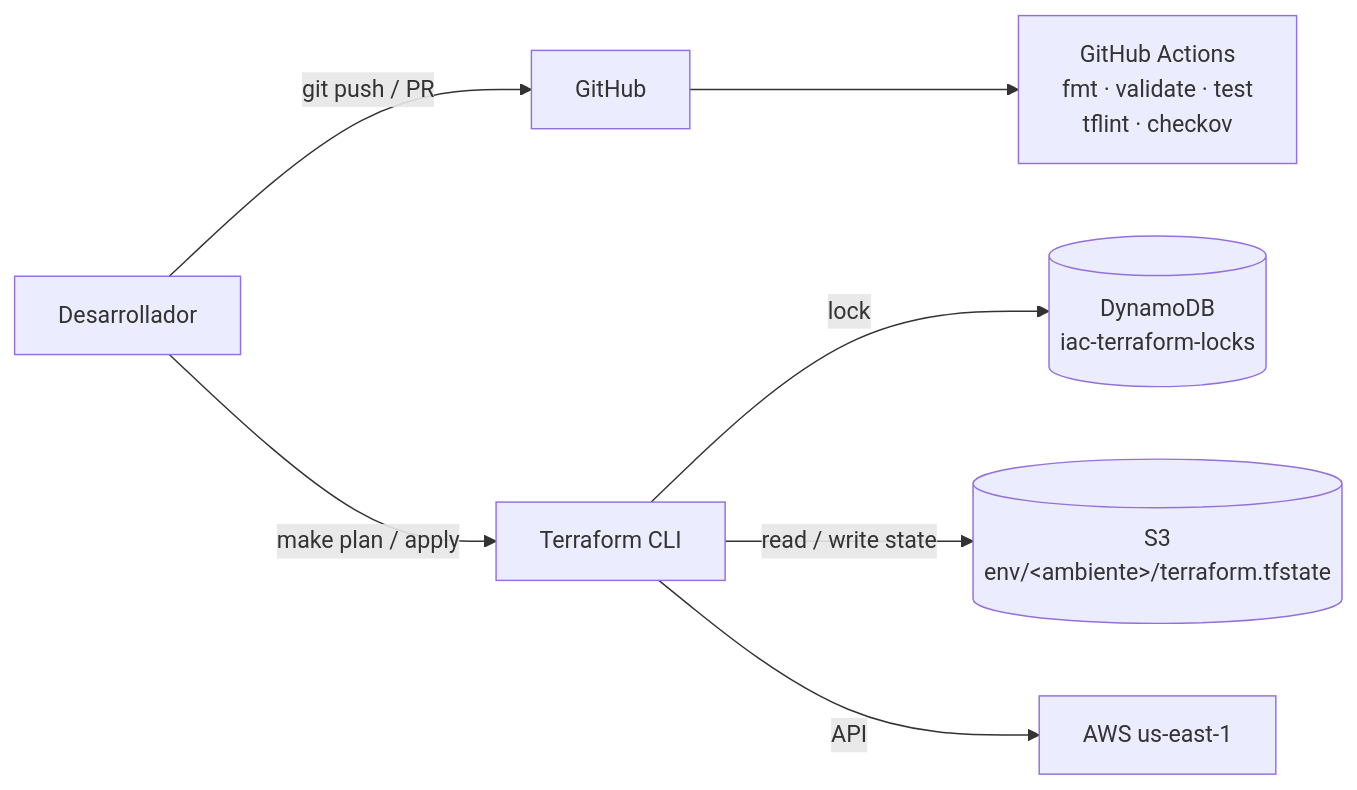
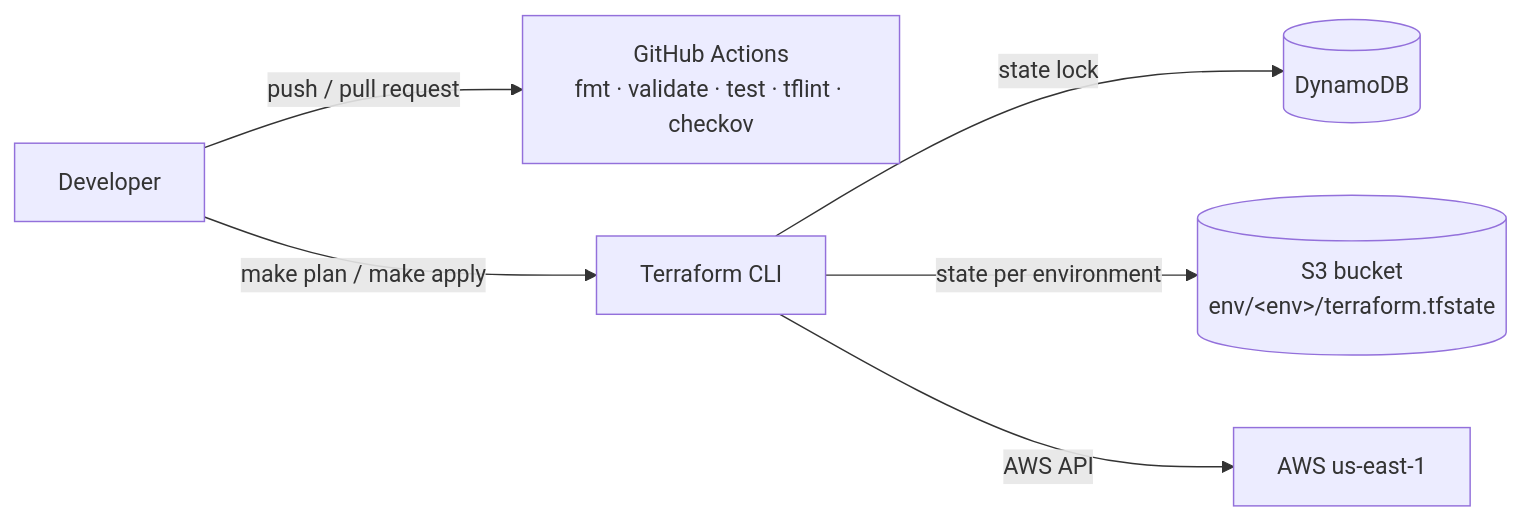
One commit to DiegoTepichin/iac-terraform changed the second of 2 diagrams in README.md. Above: the diagram before and after it, drawn with Mermaid. The commit also changed other lines of this file and 1 other file, not shown here.

````diff
--- a/README.md
+++ b/README.md
@@ -80,9 +54,8 @@
 ```mermaid
 flowchart LR
-    dev[Desarrollador] -- "git push / PR" --> gh[GitHub]
-    gh --> ci["GitHub Actions<br/>fmt · validate · test<br/>tflint · checkov"]
-    dev -- "make plan / apply" --> tf[Terraform CLI]
-    tf -- "lock" --> ddb[(DynamoDB<br/>iac-terraform-locks)]
-    tf -- "read / write state" --> s3[(S3<br/>env/&lt;ambiente&gt;/terraform.tfstate)]
-    tf -- "API" --> aws[AWS us-east-1]
+    dev[Developer] -- "push / pull request" --> gh[GitHub Actions<br/>fmt · validate · test · tflint · checkov]
+    dev -- "make plan / make apply" --> tf[Terraform CLI]
+    tf -- "state lock" --> ddb[(DynamoDB)]
+    tf -- "state per environment" --> s3[(S3 bucket<br/>env/&lt;env&gt;/terraform.tfstate)]
+    tf -- "AWS API" --> aws[AWS us-east-1]
 ```
````
